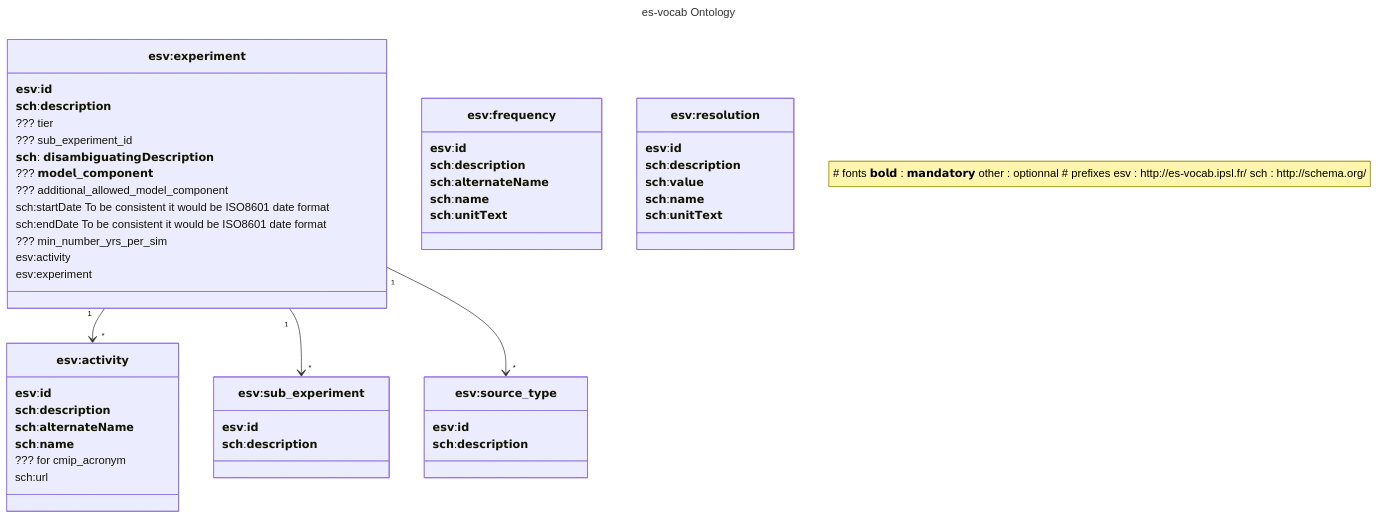
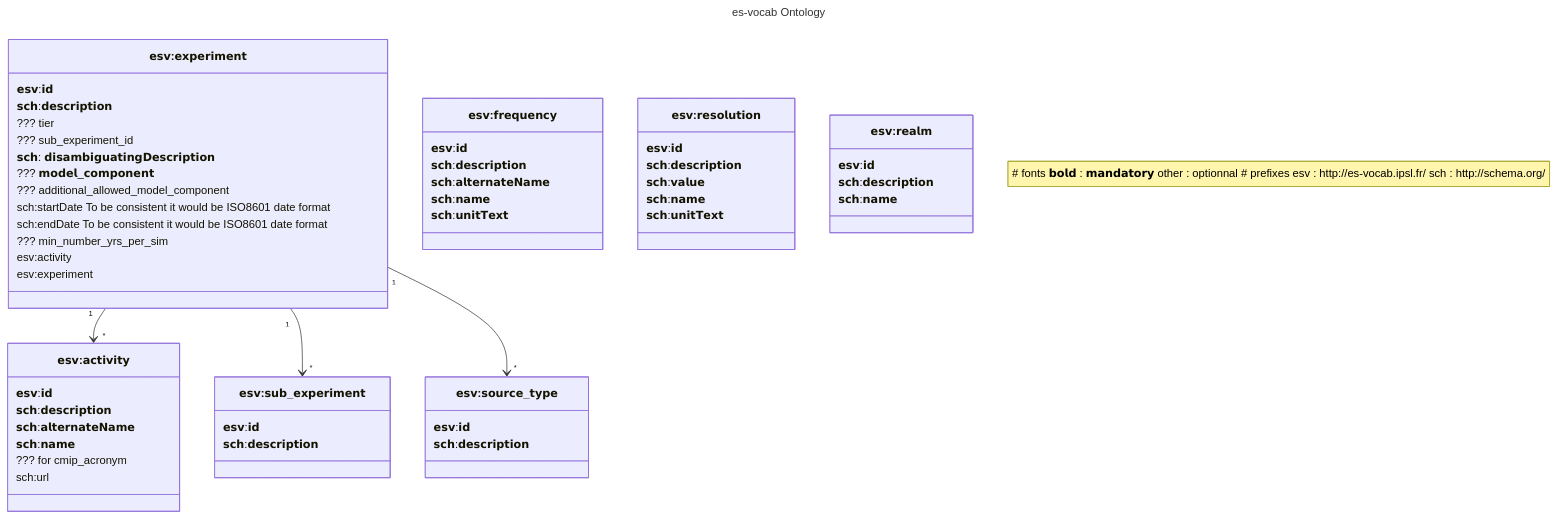
The second of 2 diagrams in TODO.md (PCMDI/mip-cmor-tables), drawn with Mermaid before and after one commit. The commit also changed other lines of this file and 12 other files, not shown here.

````diff
--- a/TODO.md
+++ b/TODO.md
@@ -159,79 +168,88 @@
 ``` mermaid
 ---
 title: es-vocab Ontology
 
 ---
 classDiagram
     note "
     # fonts
     𝗯𝗼𝗹𝗱 : 𝗺𝗮𝗻𝗱𝗮𝘁𝗼𝗿𝘆
     other : optionnal
     
     # prefixes
     esv : http://es-vocab.ipsl.fr/
     sch : http://schema.org/
     "
     `𝗲𝘀𝘃:𝗲𝘅𝗽𝗲𝗿𝗶𝗺𝗲𝗻𝘁` "1" --> "*" `𝗲𝘀𝘃:𝗮𝗰𝘁𝗶𝘃𝗶𝘁𝘆`
     `𝗲𝘀𝘃:𝗲𝘅𝗽𝗲𝗿𝗶𝗺𝗲𝗻𝘁` "1" --> "*" `𝗲𝘀𝘃:𝘀𝘂𝗯_𝗲𝘅𝗽𝗲𝗿𝗶𝗺𝗲𝗻𝘁`
     `𝗲𝘀𝘃:𝗲𝘅𝗽𝗲𝗿𝗶𝗺𝗲𝗻𝘁` "1" --> "*" `𝗲𝘀𝘃:𝘀𝗼𝘂𝗿𝗰𝗲_𝘁𝘆𝗽𝗲`
 
 
 
     class `𝗲𝘀𝘃:𝗳𝗿𝗲𝗾𝘂𝗲𝗻𝗰𝘆`{
     𝗲𝘀𝘃:𝗶𝗱
     𝘀𝗰𝗵:𝗱𝗲𝘀𝗰𝗿𝗶𝗽𝘁𝗶𝗼𝗻
     𝘀𝗰𝗵:𝗮𝗹𝘁𝗲𝗿𝗻𝗮𝘁𝗲𝗡𝗮𝗺𝗲
     𝘀𝗰𝗵:𝗻𝗮𝗺𝗲
     𝘀𝗰𝗵:𝘂𝗻𝗶𝘁𝗧𝗲𝘅𝘁
     
     }
     class `𝗲𝘀𝘃:𝗮𝗰𝘁𝗶𝘃𝗶𝘁𝘆`{
     𝗲𝘀𝘃:𝗶𝗱
     𝘀𝗰𝗵:𝗱𝗲𝘀𝗰𝗿𝗶𝗽𝘁𝗶𝗼𝗻
     𝘀𝗰𝗵:𝗮𝗹𝘁𝗲𝗿𝗻𝗮𝘁𝗲𝗡𝗮𝗺𝗲
     𝘀𝗰𝗵:𝗻𝗮𝗺𝗲
     ??? for cmip_acronym
     sch:url 
 
     }
     
     class `𝗲𝘀𝘃:𝗲𝘅𝗽𝗲𝗿𝗶𝗺𝗲𝗻𝘁`{
         𝗲𝘀𝘃:𝗶𝗱
         𝘀𝗰𝗵:𝗱𝗲𝘀𝗰𝗿𝗶𝗽𝘁𝗶𝗼𝗻
         ??? tier
         ??? sub_experiment_id
         𝘀𝗰𝗵: 𝗱𝗶𝘀𝗮𝗺𝗯𝗶𝗴𝘂𝗮𝘁𝗶𝗻𝗴𝗗𝗲𝘀𝗰𝗿𝗶𝗽𝘁𝗶𝗼𝗻 
         ??? 𝗺𝗼𝗱𝗲𝗹_𝗰𝗼𝗺𝗽𝗼𝗻𝗲𝗻𝘁
         ??? additional_allowed_model_component
         sch:startDate To be consistent it would be ISO8601 date format
         sch:endDate To be consistent it would be ISO8601 date format
         ??? min_number_yrs_per_sim
         esv:activity
         esv:experiment
     }
 
      class `𝗲𝘀𝘃:𝘀𝘂𝗯_𝗲𝘅𝗽𝗲𝗿𝗶𝗺𝗲𝗻𝘁`{
         𝗲𝘀𝘃:𝗶𝗱
         𝘀𝗰𝗵:𝗱𝗲𝘀𝗰𝗿𝗶𝗽𝘁𝗶𝗼𝗻
         } 
 
     class  `𝗲𝘀𝘃:𝘀𝗼𝘂𝗿𝗰𝗲_𝘁𝘆𝗽𝗲`{
         𝗲𝘀𝘃:𝗶𝗱
         𝘀𝗰𝗵:𝗱𝗲𝘀𝗰𝗿𝗶𝗽𝘁𝗶𝗼𝗻
         } 
 
     class `𝗲𝘀𝘃:𝗿𝗲𝘀𝗼𝗹𝘂𝘁𝗶𝗼𝗻`{
         𝗲𝘀𝘃:𝗶𝗱
         𝘀𝗰𝗵:𝗱𝗲𝘀𝗰𝗿𝗶𝗽𝘁𝗶𝗼𝗻
         𝘀𝗰𝗵:𝘃𝗮𝗹𝘂𝗲
 
         𝘀𝗰𝗵:𝗻𝗮𝗺𝗲
         𝘀𝗰𝗵:𝘂𝗻𝗶𝘁𝗧𝗲𝘅𝘁
 
 } 
+    class `𝗲𝘀𝘃:𝗿𝗲𝗮𝗹𝗺 ` {
+        𝗲𝘀𝘃:𝗶𝗱
+        𝘀𝗰𝗵:𝗱𝗲𝘀𝗰𝗿𝗶𝗽𝘁𝗶𝗼𝗻
+        𝘀𝗰𝗵:𝗻𝗮𝗺𝗲
+
+
+} 
+
+
 
 
     
 
 
 ```
````
